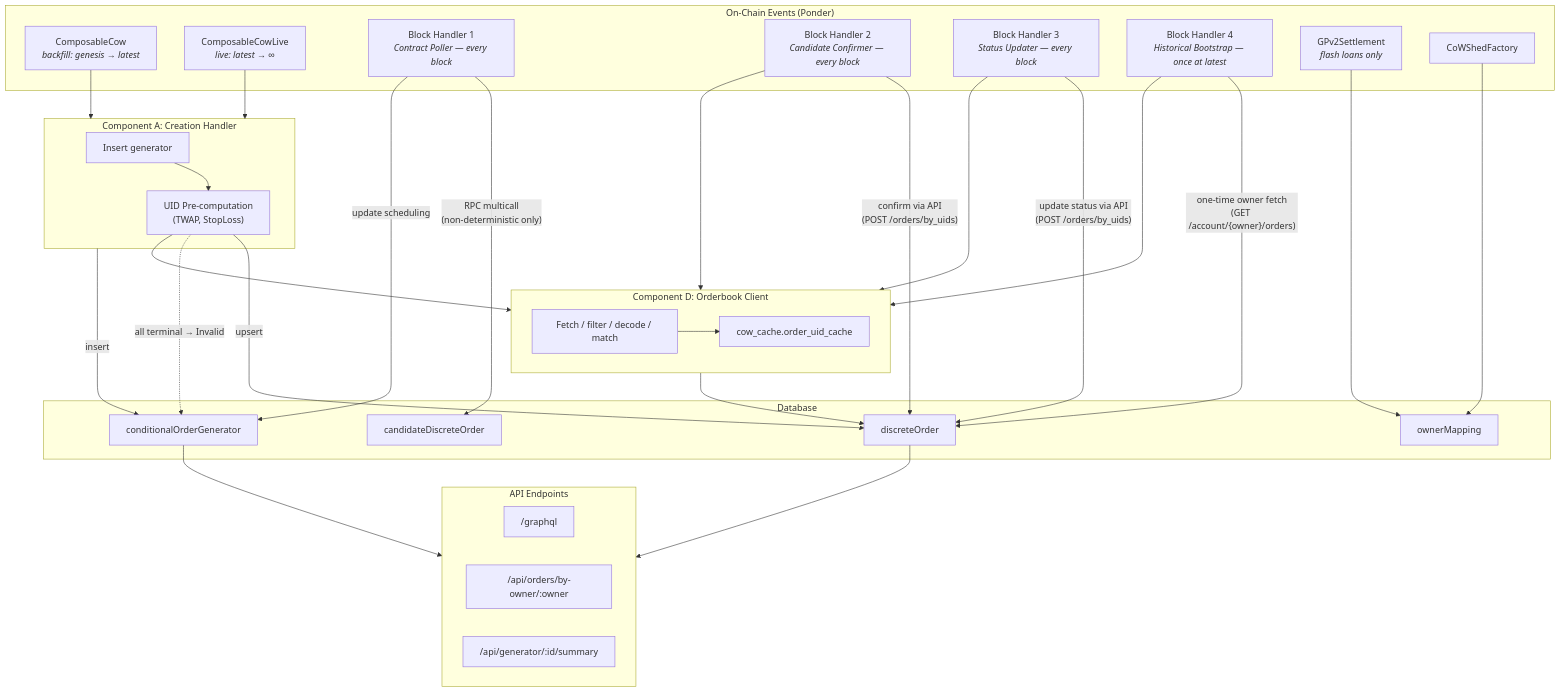
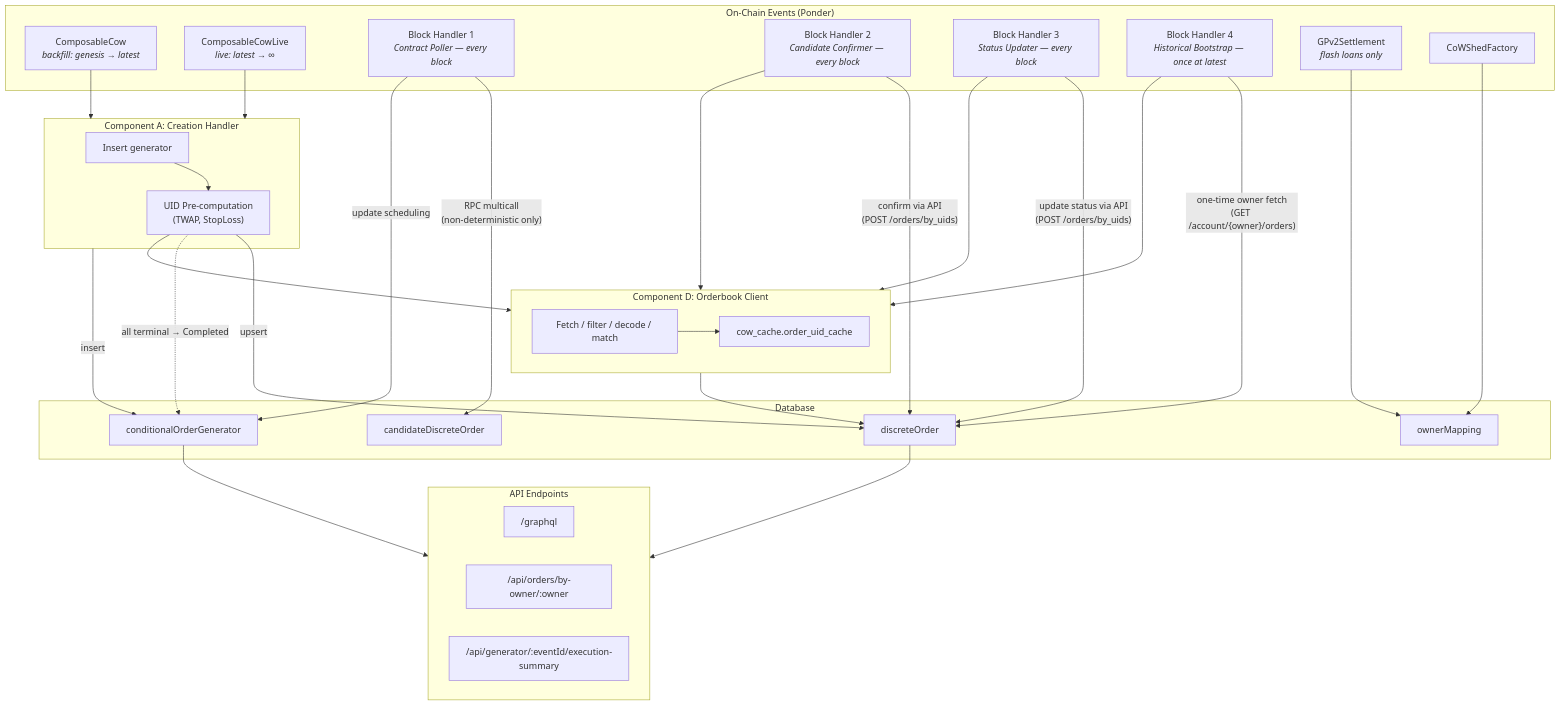
The first of 7 diagrams in agent_docs/m3-orderbook-integration-flow.md (bleu/cow-programmatic-orders-api), drawn with Mermaid before and after one commit. The commit also changed other lines of this file and 4 other files, not shown here.

````diff
--- a/agent_docs/m3-orderbook-integration-flow.md
+++ b/agent_docs/m3-orderbook-integration-flow.md
@@ -369,60 +380,60 @@
 ```mermaid
 flowchart TB
     subgraph OnChain["On-Chain Events (Ponder)"]
         CC["ComposableCow<br/><i>backfill: genesis → latest</i>"]
         CCL["ComposableCowLive<br/><i>live: latest → ∞</i>"]
         BH1["Block Handler 1<br/><i>Contract Poller — every block</i>"]
         BH2["Block Handler 2<br/><i>Candidate Confirmer — every block</i>"]
         BH3["Block Handler 3<br/><i>Status Updater — every block</i>"]
         BH4["Block Handler 4<br/><i>Historical Bootstrap — once at latest</i>"]
         GPV["GPv2Settlement<br/><i>flash loans only</i>"]
         CSF["CoWShedFactory"]
     end
 
     subgraph CompA["Component A: Creation Handler"]
         AH["Insert generator"]
         AB["UID Pre-computation<br/>(TWAP, StopLoss)"]
         AH --> AB
     end
 
     subgraph CompD["Component D: Orderbook Client"]
         DFetch["Fetch / filter / decode / match"]
         DCache["cow_cache.order_uid_cache"]
         DFetch --> DCache
     end
 
     subgraph DB["Database"]
         Gen["conditionalOrderGenerator"]
         Cand["candidateDiscreteOrder"]
         Disc["discreteOrder"]
         OMap["ownerMapping"]
     end
 
     subgraph CompE["API Endpoints"]
         EGql["/graphql"]
         EOwner["/api/orders/by-owner/:owner"]
-        ESum["/api/generator/:id/summary"]
+        ESum["/api/generator/:eventId/execution-summary"]
     end
 
     CC & CCL --> CompA
     GPV & CSF --> OMap
 
     CompA -->|insert| Gen
     AB -->|upsert| Disc
-    AB -.->|all terminal → Invalid| Gen
+    AB -.->|all terminal → Completed| Gen
 
     BH1 -->|"RPC multicall<br/>(non-deterministic only)"| Cand
     BH1 -->|update scheduling| Gen
     BH2 -->|"confirm via API<br/>(POST /orders/by_uids)"| Disc
     BH3 -->|"update status via API<br/>(POST /orders/by_uids)"| Disc
     BH4 -->|"one-time owner fetch<br/>(GET /account/{owner}/orders)"| Disc
 
     CompD --> Disc
     AB --> CompD
     BH2 --> CompD
     BH3 --> CompD
     BH4 --> CompD
 
     Disc --> CompE
     Gen --> CompE
 ```
````
